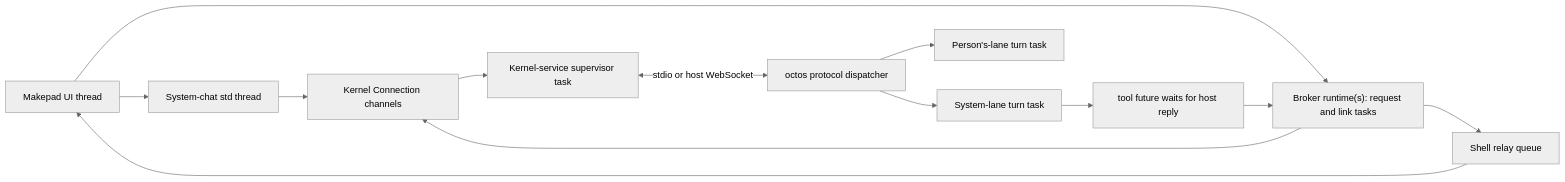
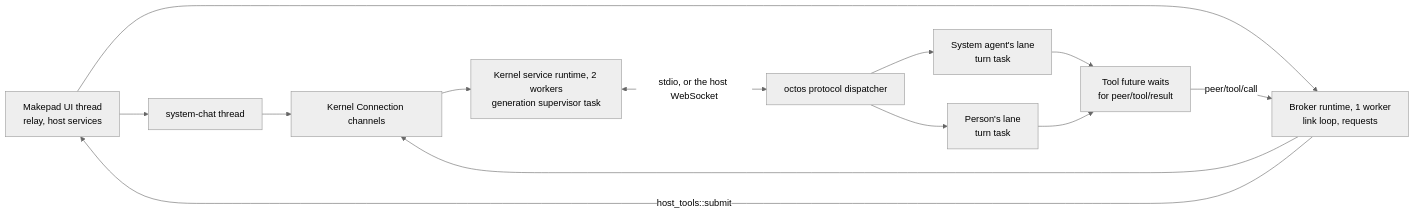
One commit to OctoSense-org/OctoSense changed the second of 2 diagrams in docs/architecture-walkthrough.md. Above: the diagram before and after it, drawn with Mermaid (neutral theme). The commit also changed other lines of this file and 12 other files, not shown here.

````diff
--- a/docs/architecture-walkthrough.md
+++ b/docs/architecture-walkthrough.md
@@ -265,15 +212,15 @@
 ```mermaid
 flowchart LR
-    UI["Makepad UI thread"] --> CMD["System-chat std thread"]
-    UI --> B["Broker runtime(s): request and link tasks"]
+    UI["Makepad UI thread<br/>relay, host services"] --> CMD["system-chat thread"]
+    UI --> B["Broker runtime, 1 worker<br/>link loop, requests"]
     CMD --> C["Kernel Connection channels"]
     B --> C
-    C --> SUP["Kernel-service supervisor task"]
-    SUP <-->|"stdio or host WebSocket"| OUP["octos protocol dispatcher"]
-    OUP --> T1["System-lane turn task"]
-    OUP --> T2["Person's-lane turn task"]
-    T1 --> TOOL["tool future waits for host reply"]
-    TOOL --> B
-    B --> Q["Shell relay queue"]
-    Q --> UI
+    C --> SUP["Kernel service runtime, 2 workers<br/>generation supervisor task"]
+    SUP <-->|"stdio, or the host WebSocket"| OUP["octos protocol dispatcher"]
+    OUP --> T1["System agent's lane<br/>turn task"]
+    OUP --> T2["Person's lane<br/>turn task"]
+    T1 --> TOOL["Tool future waits<br/>for peer/tool/result"]
+    T2 --> TOOL
+    TOOL -->|"peer/tool/call"| B
+    B -->|"host_tools::submit"| UI
 ```
````
